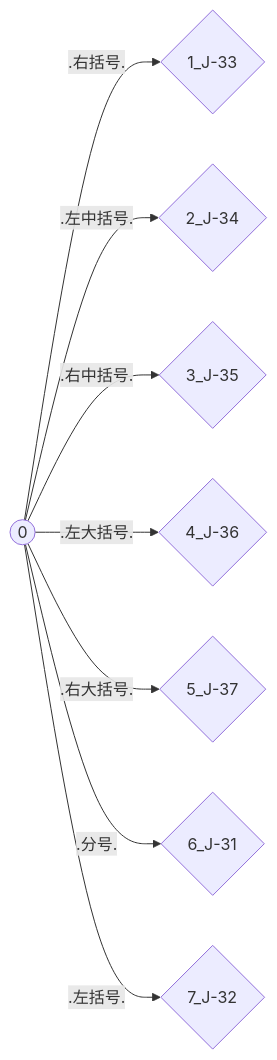
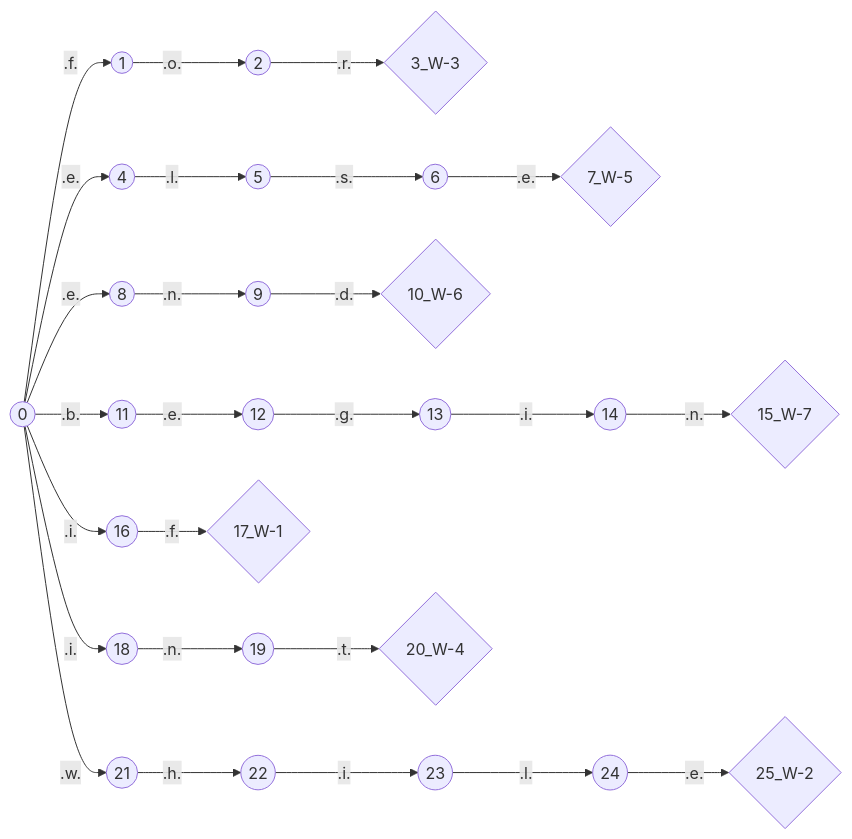
One commit to Lxy417165709/translater changed the third of 3 diagrams in doc/gen/LexicalDisplayDocument.md. Above: the diagram before and after it, drawn with Mermaid. The commit also changed other lines of this file and 31 other files, not shown here.

Commit message:
实现词法的图表展示，并在此基础上，为词法分析器加入识别简单字符串的功能

````diff
--- a/doc/gen/LexicalDisplayDocument.md
+++ b/doc/gen/LexicalDisplayDocument.md
@@ -100,10 +79,28 @@
 ```mermaid
 graph LR
-id:0((0)) -- .右括号. --> id:1{1_J-33}
-id:0((0)) -- .左中括号. --> id:2{2_J-34}
-id:0((0)) -- .右中括号. --> id:3{3_J-35}
-id:0((0)) -- .左大括号. --> id:4{4_J-36}
-id:0((0)) -- .右大括号. --> id:5{5_J-37}
-id:0((0)) -- .分号. --> id:6{6_J-31}
-id:0((0)) -- .左括号. --> id:7{7_J-32}
+id:2((2)) -- .r. --> id:3{3_W-3}
+id:1((1)) -- .o. --> id:2((2))
+id:0((0)) -- .f. --> id:1((1))
+id:6((6)) -- .e. --> id:7{7_W-5}
+id:5((5)) -- .s. --> id:6((6))
+id:4((4)) -- .l. --> id:5((5))
+id:0((0)) -- .e. --> id:4((4))
+id:9((9)) -- .d. --> id:10{10_W-6}
+id:8((8)) -- .n. --> id:9((9))
+id:0((0)) -- .e. --> id:8((8))
+id:14((14)) -- .n. --> id:15{15_W-7}
+id:13((13)) -- .i. --> id:14((14))
+id:12((12)) -- .g. --> id:13((13))
+id:11((11)) -- .e. --> id:12((12))
+id:0((0)) -- .b. --> id:11((11))
+id:16((16)) -- .f. --> id:17{17_W-1}
+id:0((0)) -- .i. --> id:16((16))
+id:19((19)) -- .t. --> id:20{20_W-4}
+id:18((18)) -- .n. --> id:19((19))
+id:0((0)) -- .i. --> id:18((18))
+id:24((24)) -- .e. --> id:25{25_W-2}
+id:23((23)) -- .l. --> id:24((24))
+id:22((22)) -- .i. --> id:23((23))
+id:21((21)) -- .h. --> id:22((22))
+id:0((0)) -- .w. --> id:21((21))
 ```
````
